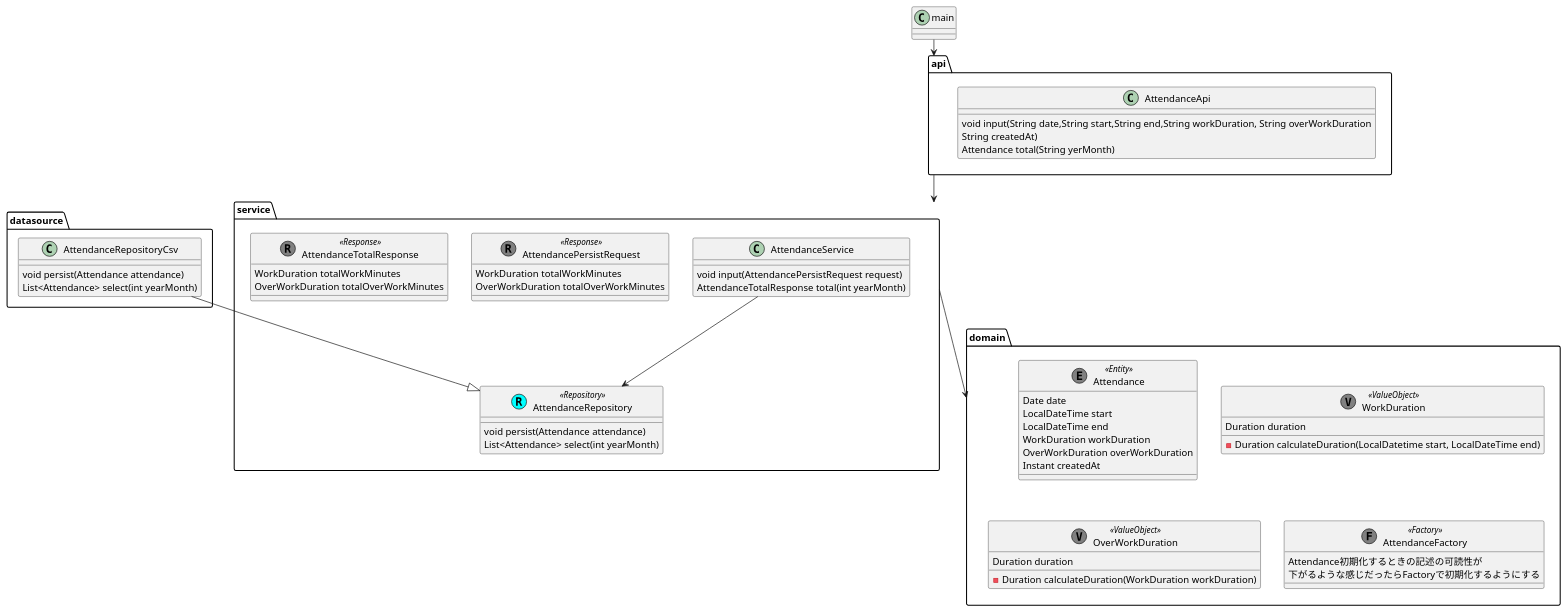
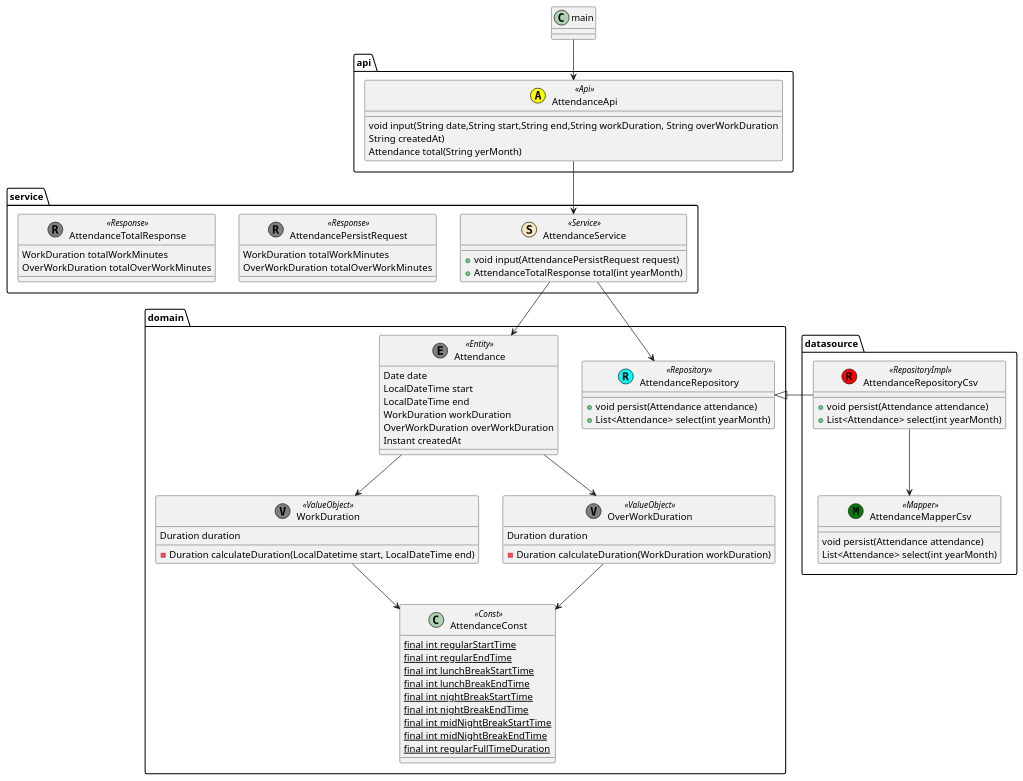
The diagram in etc/class_diagram.puml (biglobe-isp/kintai), drawn with PlantUML before and after one commit.

Commit message:
クラス図修正

```diff
--- a/etc/class_diagram.puml
+++ b/etc/class_diagram.puml
@@ -1,76 +1,93 @@
 @startuml 勤怠管理クラス図
 package domain {
     class Attendance<<(E,gray) Entity>> {
         Date date
         LocalDateTime start
         LocalDateTime end
         WorkDuration workDuration
         OverWorkDuration overWorkDuration
         Instant createdAt
     }
 
     class WorkDuration<<(V,gray) ValueObject>> {
         Duration duration
         - Duration calculateDuration(LocalDatetime start, LocalDateTime end)
      }
 
      class OverWorkDuration<<(V,gray) ValueObject>> {
              Duration duration
              - Duration calculateDuration(WorkDuration workDuration)
      }
 
-     class AttendanceFactory<<(F,gray) Factory>> {
-        Attendance初期化するときの記述の可読性が
-        下がるような感じだったらFactoryで初期化するようにする
+     class AttendanceRepository<<(R,Cyan) Repository>> {
+           + void persist(Attendance attendance)
+           + List<Attendance> select(int yearMonth)
+      }
+
+     class AttendanceConst<<Const>> {
+        {static} final int regularStartTime
+        {static} final int regularEndTime
+        {static} final int lunchBreakStartTime
+        {static} final int lunchBreakEndTime
+        {static} final int nightBreakStartTime
+        {static} final int nightBreakEndTime
+        {static} final int midNightBreakStartTime
+        {static} final int midNightBreakEndTime
+        {static} final int regularFullTimeDuration
      }
 }
 
 package datasource {
-    class AttendanceRepositoryCsv {
+    class AttendanceRepositoryCsv<<(R,red) RepositoryImpl>> {
+        + void persist(Attendance attendance)
+        + List<Attendance> select(int yearMonth)
+    }
+    class AttendanceMapperCsv<<(M,green) Mapper>> {
         void persist(Attendance attendance)
         List<Attendance> select(int yearMonth)
     }
 }
 
 package service {
-    class AttendanceRepository<<(R,Cyan) Repository>> {
-      void persist(Attendance attendance)
-      List<Attendance> select(int yearMonth)
-    }
-
-    class AttendanceService {
-       void input(AttendancePersistRequest request)
-       AttendanceTotalResponse total(int yearMonth)
+    class AttendanceService<<(S,strategy) Service>> {
+       + void input(AttendancePersistRequest request)
+       + AttendanceTotalResponse total(int yearMonth)
     }
 
     class AttendancePersistRequest<<(R,gray) Response>> {
             WorkDuration totalWorkMinutes
             OverWorkDuration totalOverWorkMinutes
     }
 
 
     class AttendanceTotalResponse<<(R,gray) Response>> {
         WorkDuration totalWorkMinutes
         OverWorkDuration totalOverWorkMinutes
     }
 }
 
 package api {
-    class AttendanceApi {
+    class AttendanceApi<<(A,yellow) Api>> {
         void input(String date,String start,String end,String workDuration, String overWorkDuration
                            String createdAt)
         Attendance total(String yerMonth)
     }
 
 }
 
 class main {
 }
 
-main --> api
-api --> service
-service --> domain
-AttendanceRepositoryCsv --|> AttendanceRepository
+main --> AttendanceApi
+AttendanceApi --> AttendanceService
+AttendanceService --> Attendance
+AttendanceRepositoryCsv -left-|> AttendanceRepository
 AttendanceService --> AttendanceRepository
+Attendance --> WorkDuration
+Attendance --> OverWorkDuration
+AttendanceRepositoryCsv --> AttendanceMapperCsv
+WorkDuration --> AttendanceConst
+OverWorkDuration --> AttendanceConst
+
 
 @enduml
```
